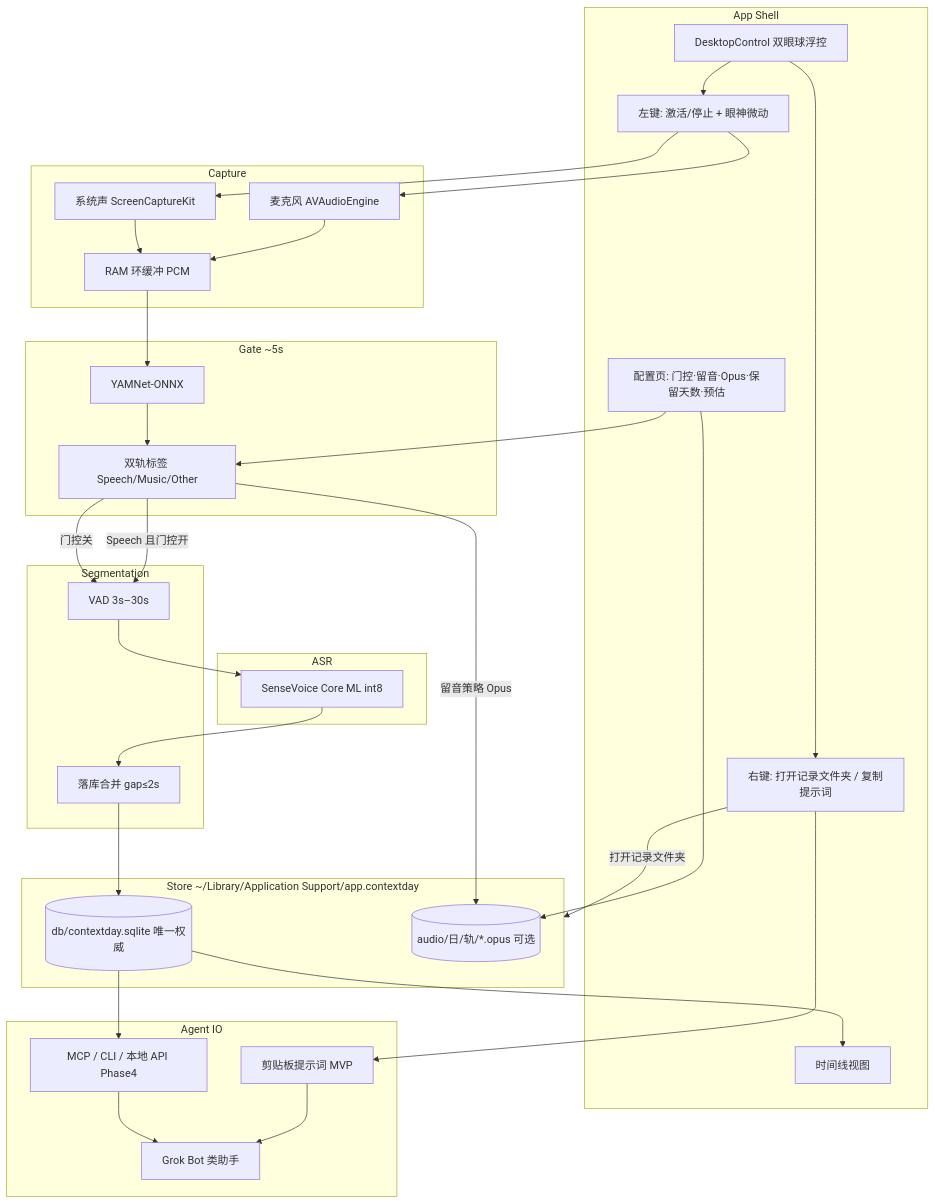
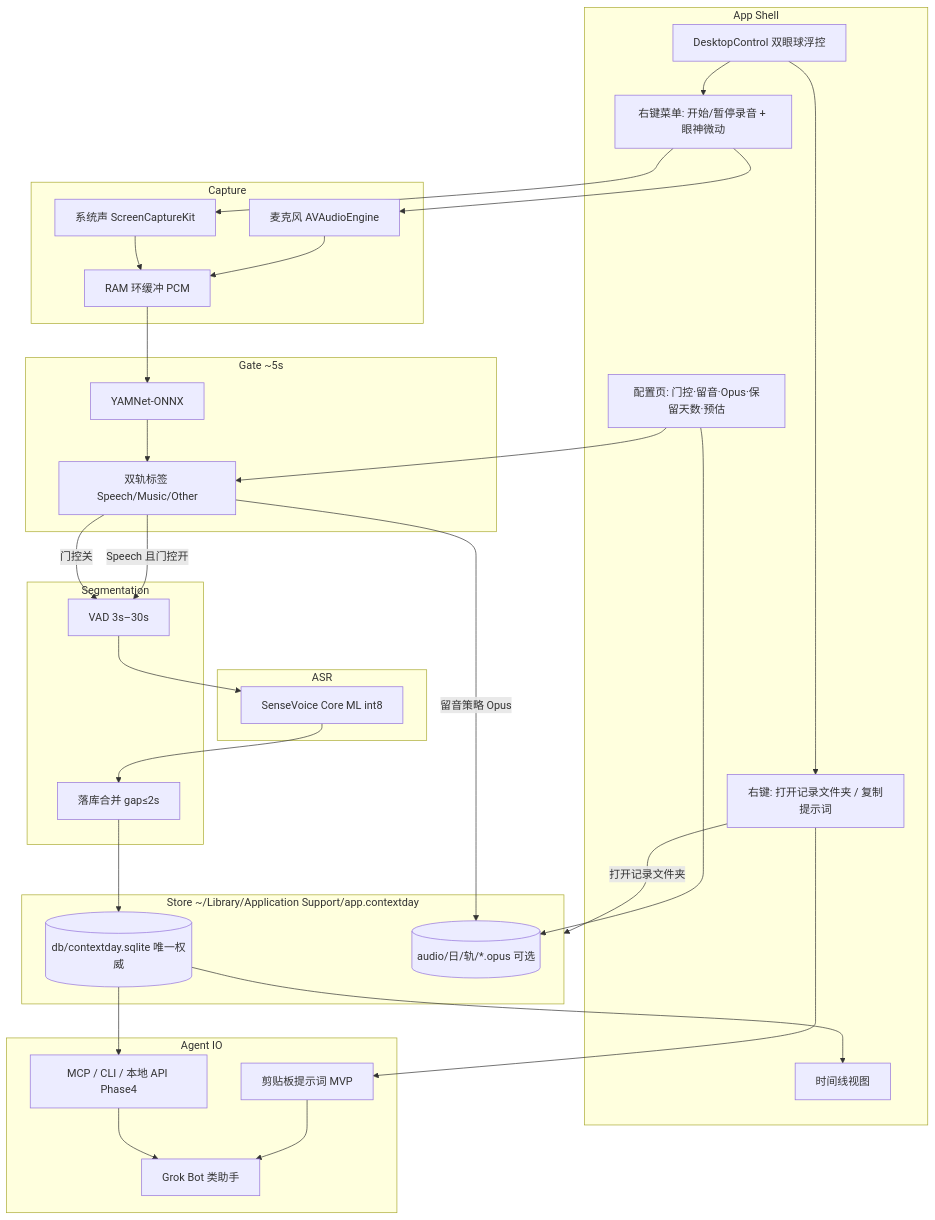
The diagram in docs/01_spec.md (jqlong17/ContextDay), drawn with Mermaid before and after one commit. The commit also changed other lines of this file and 3 other files, not shown here.

````diff
--- a/docs/01_spec.md
+++ b/docs/01_spec.md
@@ -480,64 +480,64 @@
 ```mermaid
 flowchart TB
   subgraph UI["App Shell"]
     Desk[DesktopControl 双眼球浮控]
-    Activate[左键: 激活/停止 + 眼神微动]
+    Activate[右键菜单: 开始/暂停录音 + 眼神微动]
     CtxMenu[右键: 打开记录文件夹 / 复制提示词]
     Settings[配置页: 门控·留音·Opus·保留天数·预估]
     Timeline[时间线视图]
   end
 
   subgraph Capture["Capture"]
     Mic[麦克风 AVAudioEngine]
     Sys[系统声 ScreenCaptureKit]
     Ring[RAM 环缓冲 PCM]
   end
 
   subgraph Gate["Gate ~5s"]
     Yam[YAMNet-ONNX]
     Label[双轨标签 Speech/Music/Other]
   end
 
   subgraph Seg["Segmentation"]
     VAD[VAD 3s–30s]
     Merge[落库合并 gap≤2s]
   end
 
   subgraph ASR["ASR"]
     CM[SenseVoice Core ML int8]
   end
 
   subgraph Store["Store ~/Library/Application Support/app.contextday"]
     DB[(db/contextday.sqlite 唯一权威)]
     Audio[(audio/日/轨/*.opus 可选)]
   end
 
   subgraph Out["Agent IO"]
     Clip[剪贴板提示词 MVP]
     MCP[MCP / CLI / 本地 API Phase4]
     Bot[Grok Bot 类助手]
   end
 
   Desk --> Activate
   Desk --> CtxMenu
   Activate --> Mic
   Activate --> Sys
   Mic --> Ring
   Sys --> Ring
   Ring --> Yam
   Yam --> Label
   Label -->|Speech 且门控开| VAD
   Label -->|门控关| VAD
   VAD --> CM
   CM --> Merge
   Merge --> DB
   Label -->|留音策略 Opus| Audio
   Settings --> Label
   Settings --> Audio
   DB --> Timeline
   CtxMenu -->|打开记录文件夹| Store
   CtxMenu --> Clip
   Clip --> Bot
   DB --> MCP
   MCP --> Bot
 ```
````
